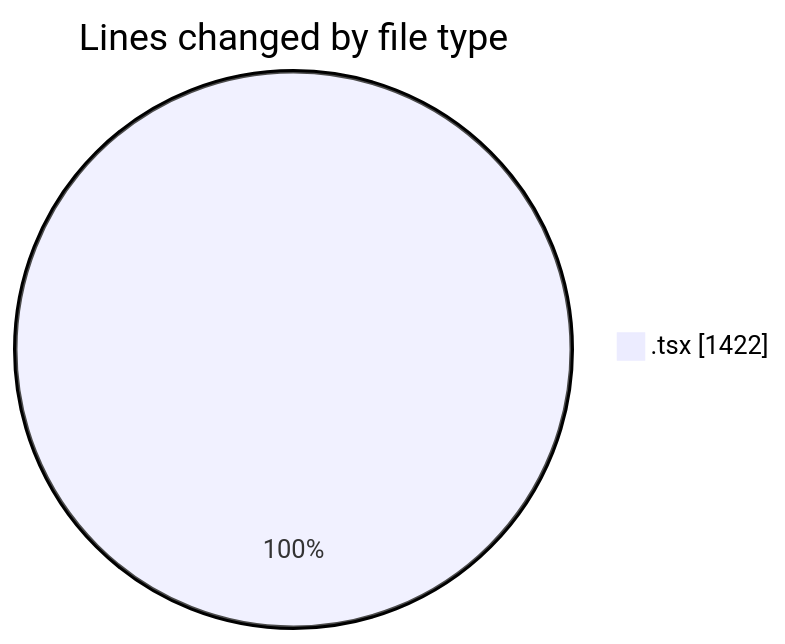
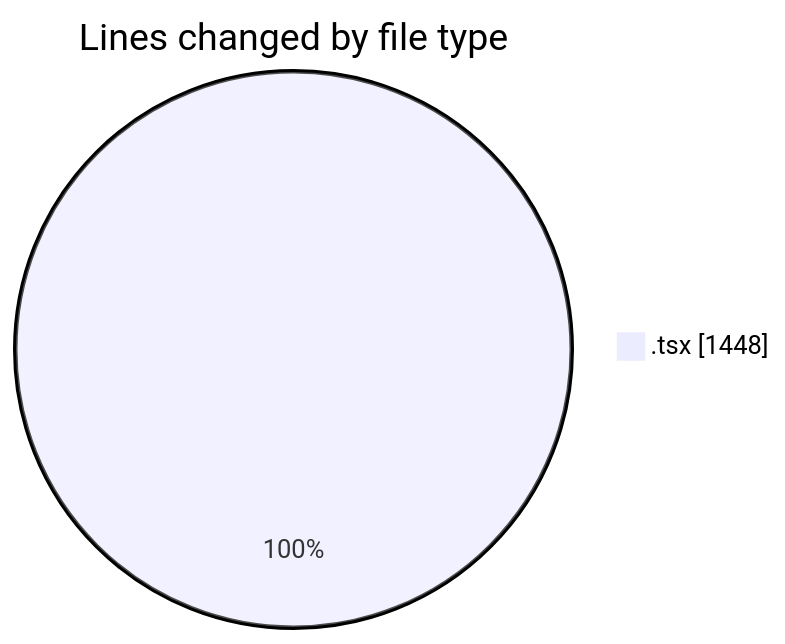
Before and after one commit to momahboobian/code-tracking: the first of 2 diagrams in 2026-10-20/cda/README.md, drawn with Mermaid. The commit also changed other lines of this file and 1 other file, not shown here.

````diff
--- a/2026-10-20/cda/README.md
+++ b/2026-10-20/cda/README.md
@@ -23,5 +23,5 @@
 ```mermaid
 pie showData
 title Lines changed by file type
-".tsx" : 1422
+".tsx" : 1448
 ```
````
